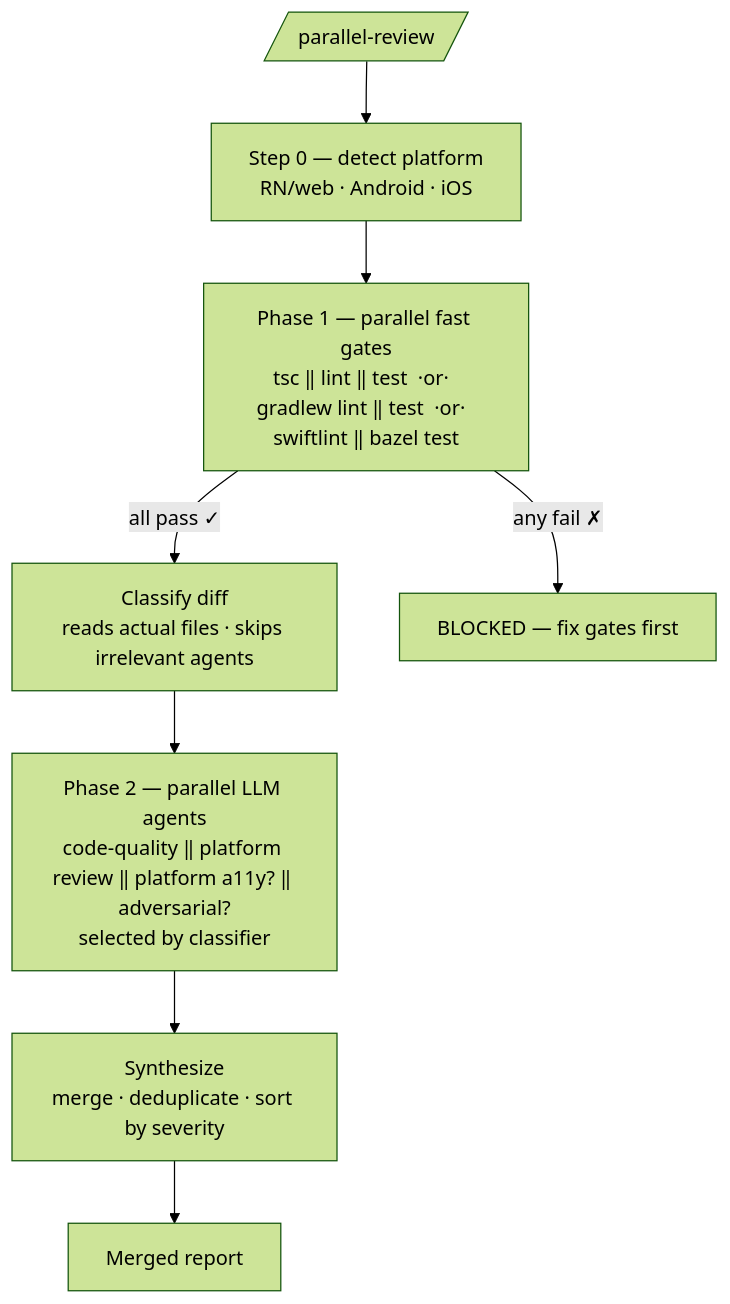
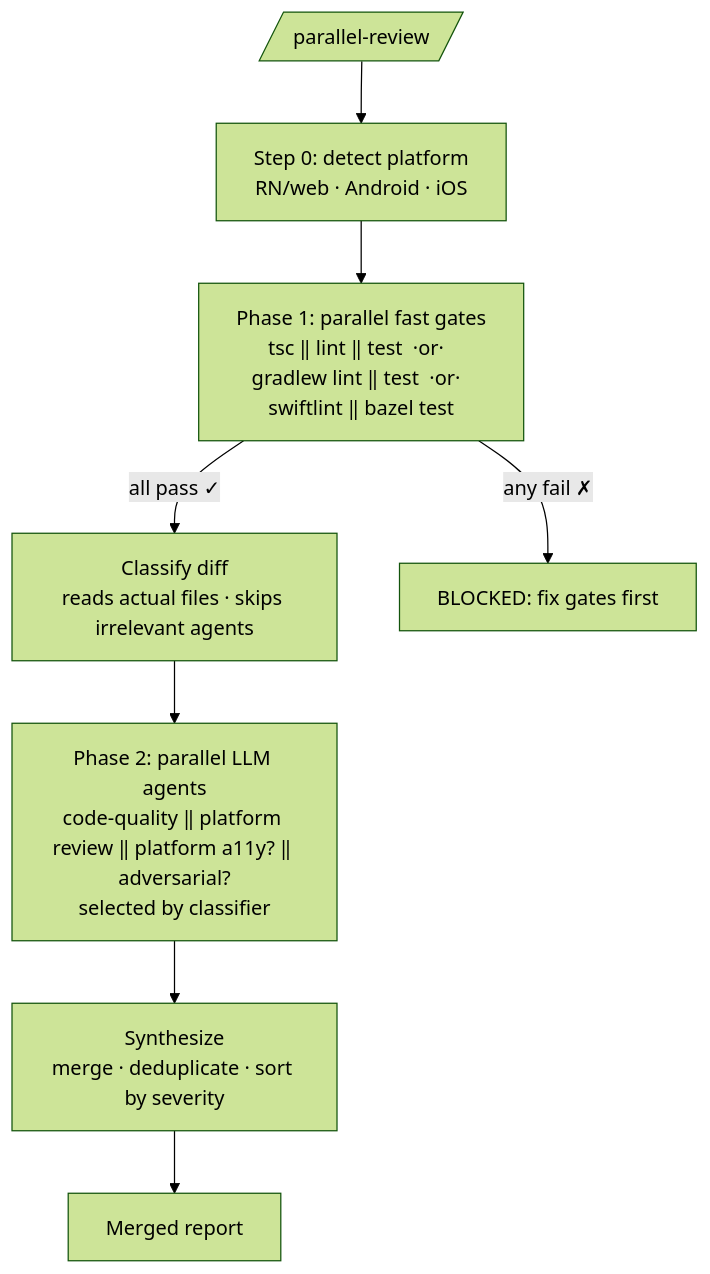
The second of 13 diagrams in README.md (raditia/CraftKit), drawn with Mermaid (forest theme) before and after one commit. The commit also changed other lines of this file and 79 other files, not shown here.

First line of the commit message:
feat: grill gaps, em-dash sweep, graphify wiring (v1.29.0)

````diff
--- a/README.md
+++ b/README.md
@@ -222,10 +222,10 @@
 ```mermaid
 flowchart TD
-    A[/parallel-review/] --> P["Step 0 — detect platform\nRN/web · Android · iOS"]
-    P --> B["Phase 1 — parallel fast gates\ntsc ‖ lint ‖ test  ·or·  gradlew lint ‖ test  ·or·  swiftlint ‖ bazel test"]
+    A[/parallel-review/] --> P["Step 0: detect platform\nRN/web · Android · iOS"]
+    P --> B["Phase 1: parallel fast gates\ntsc ‖ lint ‖ test  ·or·  gradlew lint ‖ test  ·or·  swiftlint ‖ bazel test"]
     B -->|all pass ✓| C["Classify diff\nreads actual files · skips irrelevant agents"]
-    C --> D["Phase 2 — parallel LLM agents\ncode-quality ‖ platform review ‖ platform a11y? ‖ adversarial?\nselected by classifier"]
+    C --> D["Phase 2: parallel LLM agents\ncode-quality ‖ platform review ‖ platform a11y? ‖ adversarial?\nselected by classifier"]
     D --> E["Synthesize\nmerge · deduplicate · sort by severity"]
     E --> F[Merged report]
-    B -->|any fail ✗| G[BLOCKED — fix gates first]
+    B -->|any fail ✗| G["BLOCKED: fix gates first"]
 ```
````
